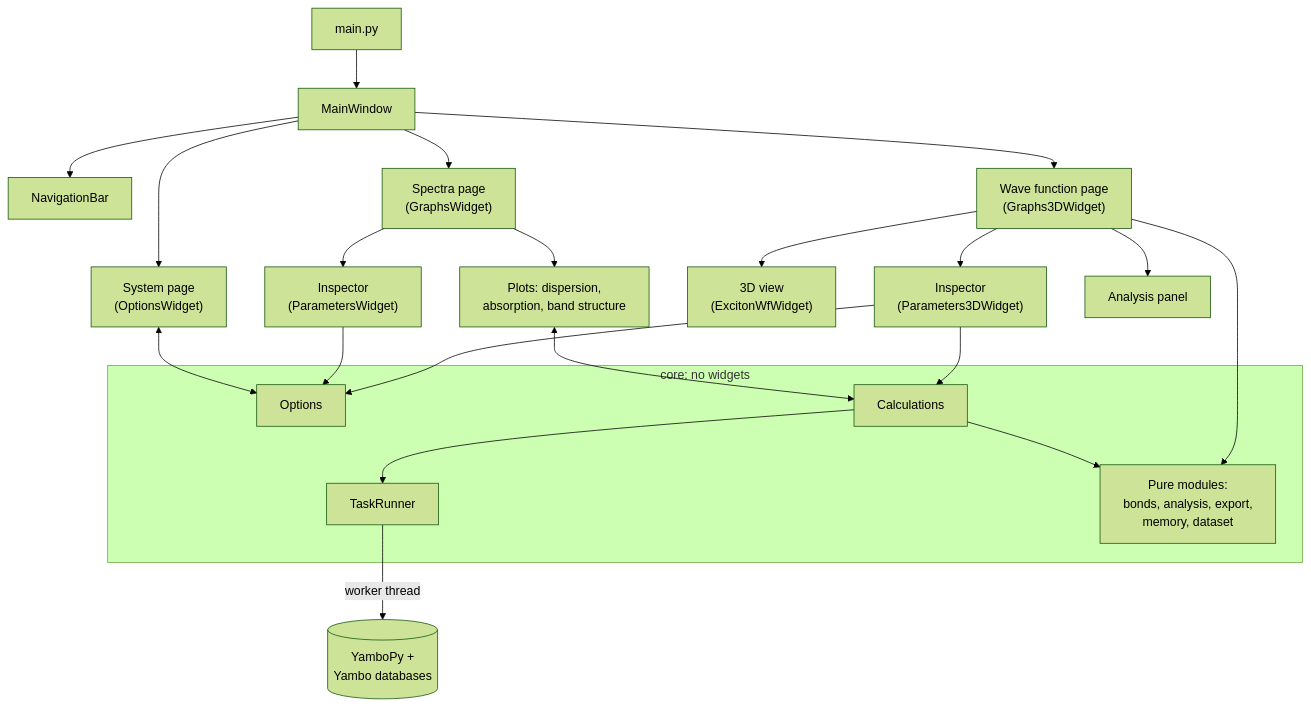
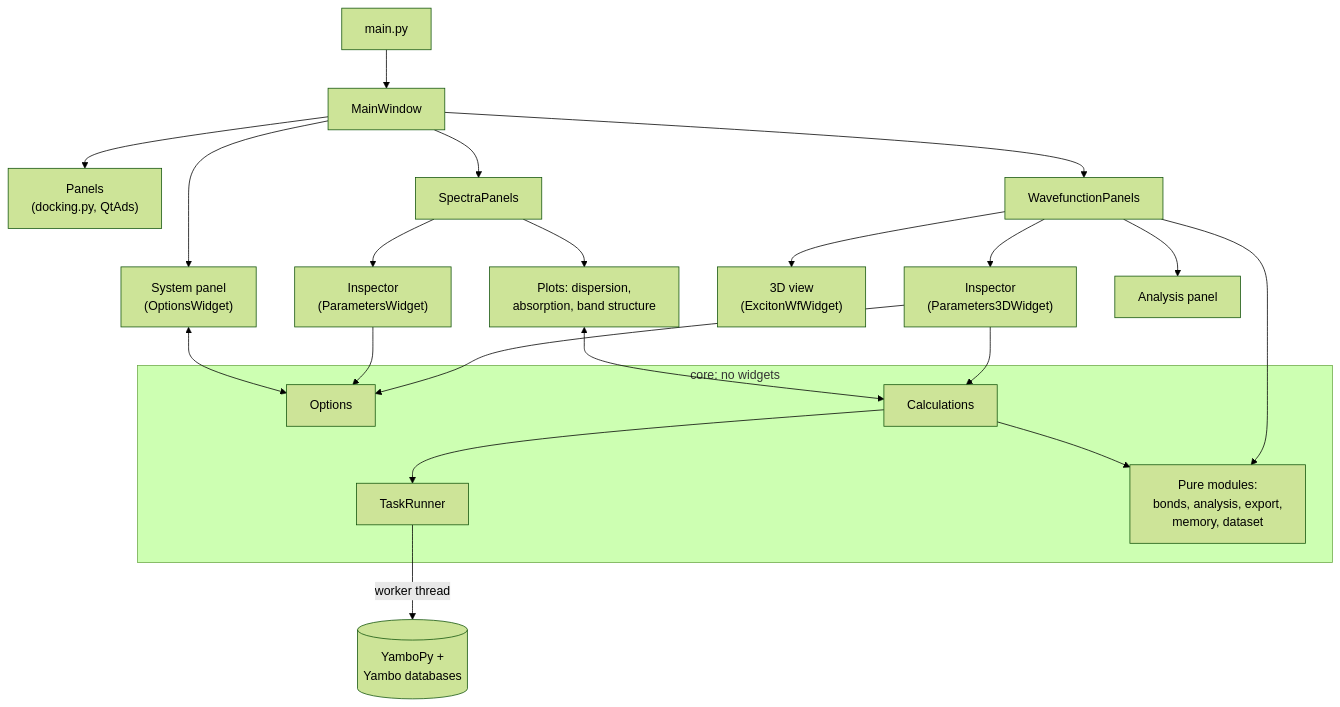
The first of 3 diagrams in docs/ARCHITECTURE.md (jmcastelo/visual-excitons), drawn with Mermaid (forest theme) before and after one commit. The commit also changed other lines of this file and 13 other files, not shown here.

Commit message:
Replaced the pages and sidebar with dockable panels (PySide6-QtAds), with preset and saved layouts in a Layout menu

````diff
--- a/docs/ARCHITECTURE.md
+++ b/docs/ARCHITECTURE.md
@@ -113,30 +111,30 @@
 ```mermaid
 flowchart TB
     main[main.py] --> MW[MainWindow]
-    MW --> NAV[NavigationBar]
-    MW --> SYS["System page<br/>(OptionsWidget)"]
-    MW --> SPEC["Spectra page<br/>(GraphsWidget)"]
-    MW --> WF["Wave function page<br/>(Graphs3DWidget)"]
+    MW --> DOCK["Panels<br/>(docking.py, QtAds)"]
+    MW --> SYS["System panel<br/>(OptionsWidget)"]
+    MW --> SPEC["SpectraPanels"]
+    MW --> WF["WavefunctionPanels"]
     SPEC --> P2D["Plots: dispersion,<br/>absorption, band structure"]
     SPEC --> I2D["Inspector<br/>(ParametersWidget)"]
     WF --> V3D["3D view<br/>(ExcitonWfWidget)"]
     WF --> I3D["Inspector<br/>(Parameters3DWidget)"]
     WF --> AN["Analysis panel"]
 
     subgraph core [core: no widgets]
         OPT[Options]
         CALC[Calculations]
         TASKS[TaskRunner]
         PURE["Pure modules:<br/>bonds, analysis, export,<br/>memory, dataset"]
     end
 
     SYS <--> OPT
     I2D --> OPT
     I3D --> OPT
     P2D <--> CALC
     I3D --> CALC
     CALC --> TASKS
     CALC --> PURE
     WF --> PURE
     TASKS -->|worker thread| YAMBO[("YamboPy +<br/>Yambo databases")]
 ```
````
